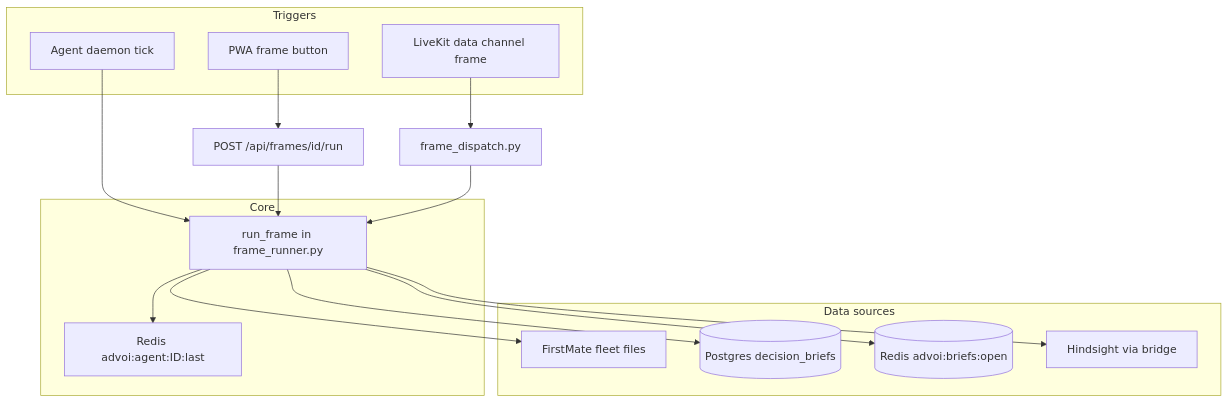
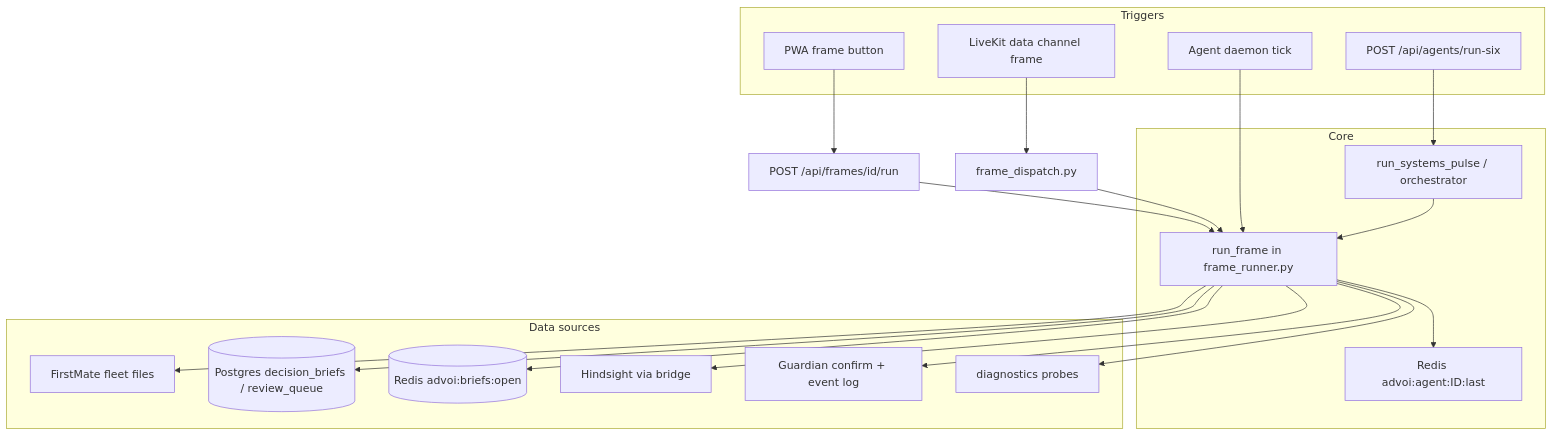
The diagram in docs/architecture/03-multi-agent.md (ActArtech/advoi-system), drawn with Mermaid before and after one commit. The commit also changed other lines of this file and 3 other files, not shown here.

First line of the commit message:
docs(architecture): reconcile overview and multi-agent with 6 agents

````diff
--- a/docs/architecture/03-multi-agent.md
+++ b/docs/architecture/03-multi-agent.md
@@ -17,31 +31,39 @@
 ```mermaid
 flowchart TD
   subgraph triggers [Triggers]
     BTN[PWA frame button]
     DC[LiveKit data channel frame]
     TICK[Agent daemon tick]
+    SIX[POST /api/agents/run-six]
   end
 
   subgraph core [Core]
     FR[run_frame in frame_runner.py]
+    ORCH[run_systems_pulse / orchestrator]
     CACHE[Redis advoi:agent:ID:last]
   end
 
   subgraph backends [Data sources]
     FM[FirstMate fleet files]
-    PG[(Postgres decision_briefs)]
+    PG[(Postgres decision_briefs / review_queue)]
     RD[(Redis advoi:briefs:open)]
     HS[Hindsight via bridge]
+    GUARD[Guardian confirm + event log]
+    DIAG[diagnostics probes]
   end
 
   BTN --> API[POST /api/frames/id/run]
   DC --> FD[frame_dispatch.py]
   TICK --> FR
+  SIX --> ORCH
   API --> FR
   FD --> FR
+  ORCH --> FR
   FR --> FM
   FR --> PG
   FR --> RD
   FR --> HS
+  FR --> GUARD
+  FR --> DIAG
   FR --> CACHE
 ```
````
